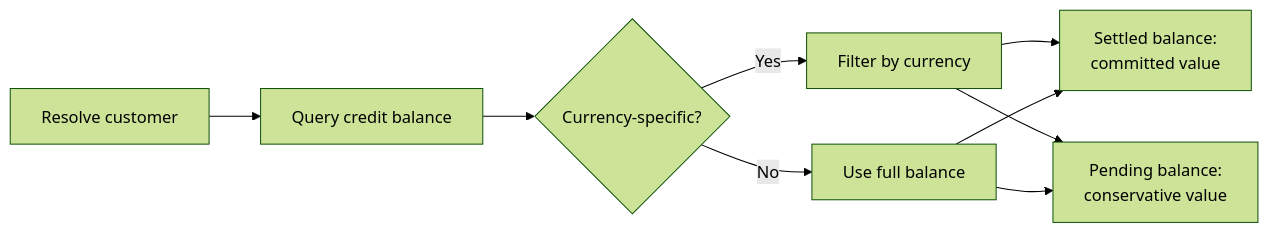
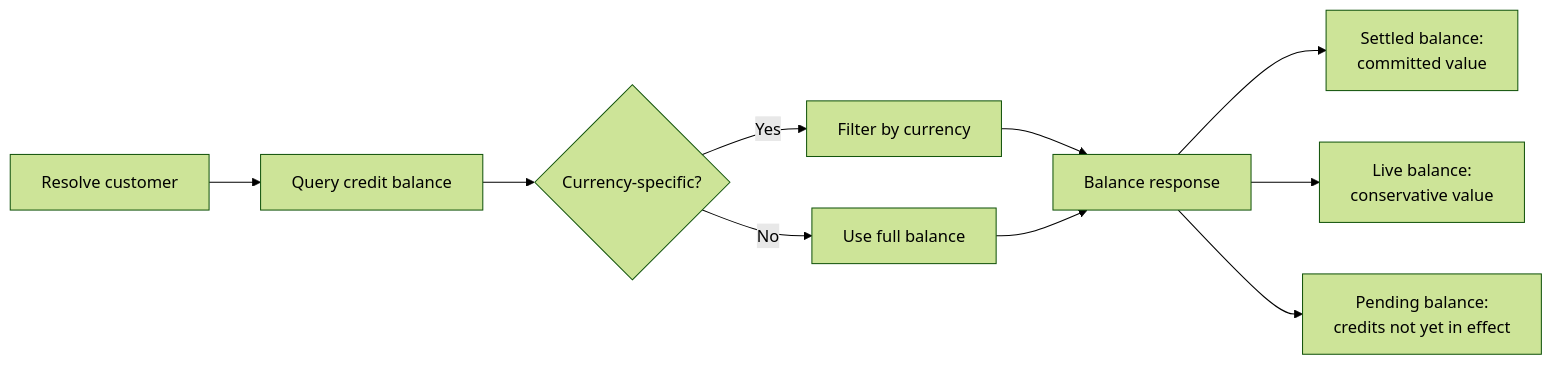
Before and after one commit to Kong/developer.konghq.com: the fourth of 6 diagrams in app/metering-and-billing/credits/operational-flows.md, drawn with Mermaid (forest theme). The commit also changed other lines of this file and 8 other files, not shown here.

```diff
--- a/app/metering-and-billing/credits/operational-flows.md
+++ b/app/metering-and-billing/credits/operational-flows.md
@@ -119,9 +121,11 @@
 {% mermaid %}
 flowchart LR
     A["Resolve customer"] --> B["Query credit balance"]
     B --> C{"Currency-specific?"}
     C -->|Yes| D["Filter by currency"]
     C -->|No| E["Use full balance"]
-    D & E --> F["Settled balance:\ncommitted value"]
-    D & E --> G["Pending balance:\nconservative value"]
+    D & E --> R["Balance response"]
+    R --> F["Settled balance:\ncommitted value"]
+    R --> G["Live balance:\nconservative value"]
+    R --> H["Pending balance:\ncredits not yet in effect"]
 {% endmermaid %}
```
